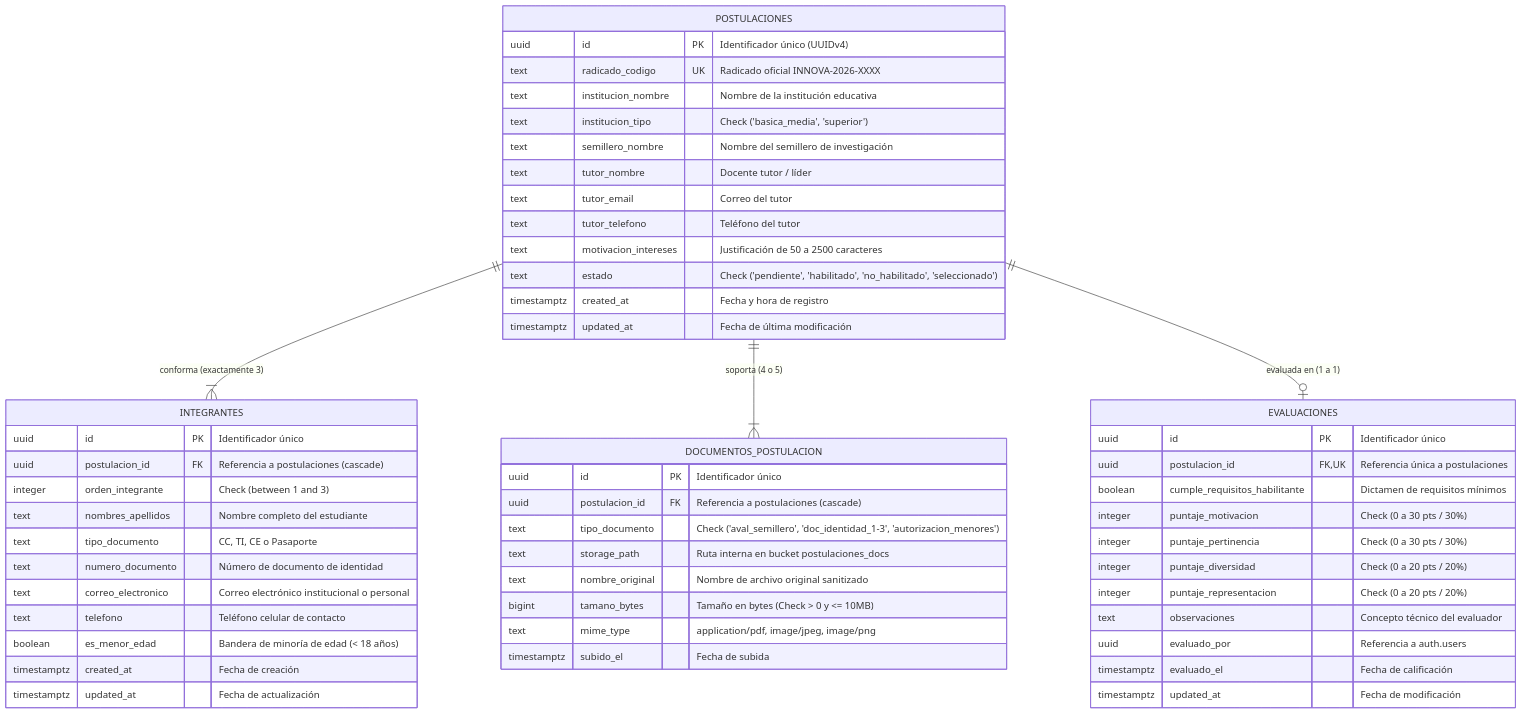
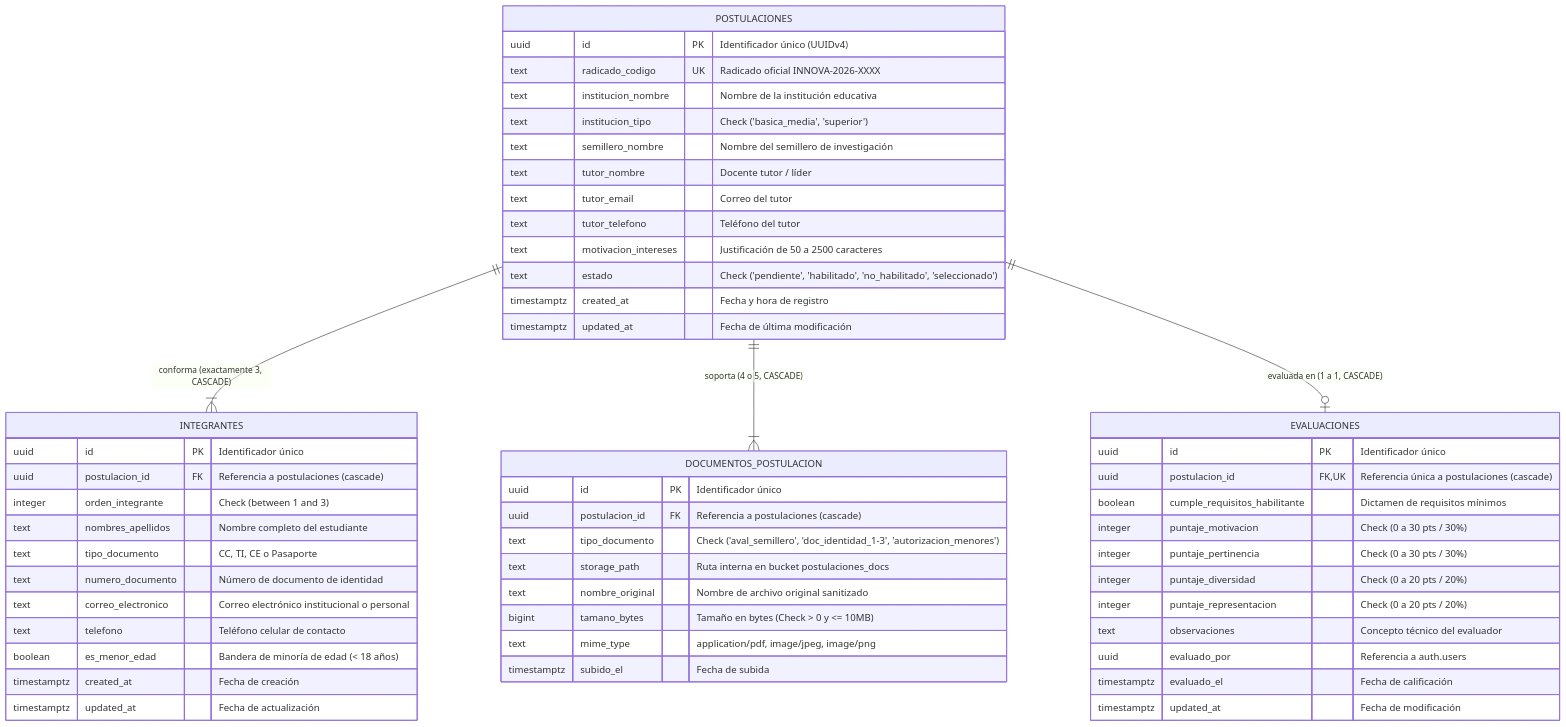
One commit to fabricasoftware-uac/landing_bootcamp_innova changed the fifth of 5 diagrams in docs/arquitectura-sistema.md. Above: the diagram before and after it, drawn with Mermaid. The commit also changed other lines of this file and 12 other files, not shown here.

````diff
--- a/docs/arquitectura-sistema.md
+++ b/docs/arquitectura-sistema.md
@@ -155,60 +214,60 @@
 ```mermaid
 erDiagram
-    POSTULACIONES ||--|{ INTEGRANTES : "conforma (exactamente 3)"
-    POSTULACIONES ||--|{ DOCUMENTOS_POSTULACION : "soporta (4 o 5)"
-    POSTULACIONES ||--o| EVALUACIONES : "evaluada en (1 a 1)"
+    POSTULACIONES ||--|{ INTEGRANTES : "conforma (exactamente 3, CASCADE)"
+    POSTULACIONES ||--|{ DOCUMENTOS_POSTULACION : "soporta (4 o 5, CASCADE)"
+    POSTULACIONES ||--o| EVALUACIONES : "evaluada en (1 a 1, CASCADE)"
 
     POSTULACIONES {
         uuid id PK "Identificador único (UUIDv4)"
         text radicado_codigo UK "Radicado oficial INNOVA-2026-XXXX"
         text institucion_nombre "Nombre de la institución educativa"
         text institucion_tipo "Check ('basica_media', 'superior')"
         text semillero_nombre "Nombre del semillero de investigación"
         text tutor_nombre "Docente tutor / líder"
         text tutor_email "Correo del tutor"
         text tutor_telefono "Teléfono del tutor"
         text motivacion_intereses "Justificación de 50 a 2500 caracteres"
         text estado "Check ('pendiente', 'habilitado', 'no_habilitado', 'seleccionado')"
         timestamptz created_at "Fecha y hora de registro"
         timestamptz updated_at "Fecha de última modificación"
     }
 
     INTEGRANTES {
         uuid id PK "Identificador único"
         uuid postulacion_id FK "Referencia a postulaciones (cascade)"
         integer orden_integrante "Check (between 1 and 3)"
         text nombres_apellidos "Nombre completo del estudiante"
         text tipo_documento "CC, TI, CE o Pasaporte"
         text numero_documento "Número de documento de identidad"
         text correo_electronico "Correo electrónico institucional o personal"
         text telefono "Teléfono celular de contacto"
         boolean es_menor_edad "Bandera de minoría de edad (< 18 años)"
         timestamptz created_at "Fecha de creación"
         timestamptz updated_at "Fecha de actualización"
     }
 
     DOCUMENTOS_POSTULACION {
         uuid id PK "Identificador único"
         uuid postulacion_id FK "Referencia a postulaciones (cascade)"
         text tipo_documento "Check ('aval_semillero', 'doc_identidad_1-3', 'autorizacion_menores')"
         text storage_path "Ruta interna en bucket postulaciones_docs"
         text nombre_original "Nombre de archivo original sanitizado"
         bigint tamano_bytes "Tamaño en bytes (Check > 0 y <= 10MB)"
         text mime_type "application/pdf, image/jpeg, image/png"
         timestamptz subido_el "Fecha de subida"
     }
 
     EVALUACIONES {
         uuid id PK "Identificador único"
-        uuid postulacion_id FK,UK "Referencia única a postulaciones"
+        uuid postulacion_id FK,UK "Referencia única a postulaciones (cascade)"
         boolean cumple_requisitos_habilitante "Dictamen de requisitos mínimos"
         integer puntaje_motivacion "Check (0 a 30 pts / 30%)"
         integer puntaje_pertinencia "Check (0 a 30 pts / 30%)"
         integer puntaje_diversidad "Check (0 a 20 pts / 20%)"
         integer puntaje_representacion "Check (0 a 20 pts / 20%)"
         text observaciones "Concepto técnico del evaluador"
         uuid evaluado_por "Referencia a auth.users"
         timestamptz evaluado_el "Fecha de calificación"
         timestamptz updated_at "Fecha de modificación"
     }
 ```
````
